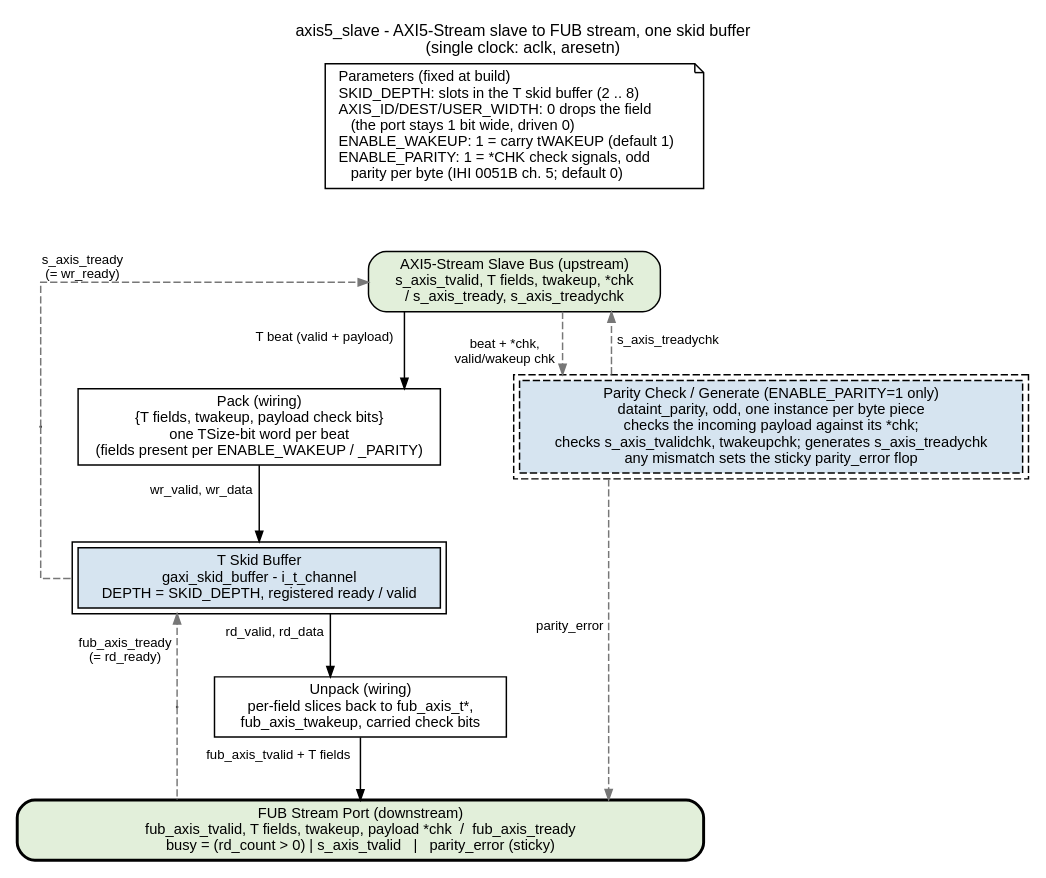
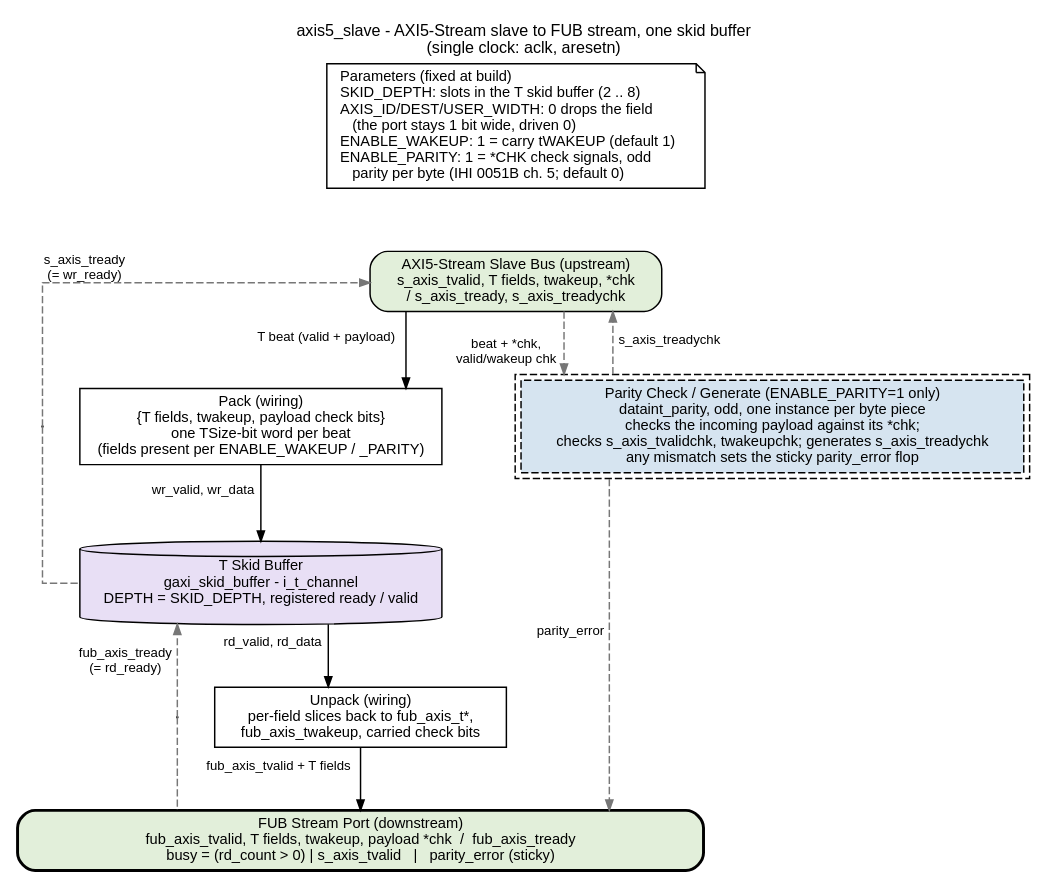
One commit to sean-galloway/RTLDesignSherpa changed the diagram in docs/markdown/assets/rtl-amba/graphviz/axis5_slave.dot. Above: the diagram before and after it, drawn with Graphviz. The commit also changed 31 other files, not shown here.

First line of the commit message:
docs(handbook, amba): a FIFO or skid child instance is a Storage cylinder; 15 rtl-amba diagrams swept

```diff
--- a/docs/markdown/assets/rtl-amba/graphviz/axis5_slave.dot
+++ b/docs/markdown/assets/rtl-amba/graphviz/axis5_slave.dot
@@ -1,52 +1,52 @@
 // axis5_slave block diagram (mirror of axis5_master.dot) - house style (vault/handbook/authoring/block-diagrams.md).
 // AXI4-Stream channel geometry: the upstream (FUB) side is the white port at
 // the top, the AXI4-Stream bus the white bar at the bottom. Transfers (valid
 // + payload) flow straight down the center through ONE gaxi_skid_buffer;
 // tready returns dashed up the right, one hop at a time.
 // AXIS5 adds TWAKEUP (rides in the skid word) and, with ENABLE_PARITY=1,
 // interface parity: the incoming payload is checked against its *CHK bits
 // on the bus side, the check bits ride the skid word to the FUB side;
 // TVALIDCHK/TWAKEUPCHK are checked, TREADYCHK is generated, and any mismatch sets a sticky parity_error (dashed: optional).
 // Source of truth: rtl/amba/axis5/axis5_slave.sv.
 digraph axis5_slave {
     graph [rankdir=TB, bgcolor="white", fontname="Helvetica", fontsize=11,
            nodesep="0.35", ranksep="0.60", splines=ortho, newrank=true,
            label="axis5_slave - AXI5-Stream slave to FUB stream, one skid buffer\n(single clock: aclk, aresetn)",
            labelloc=t, labeljust=c];
     node  [fontname="Helvetica", fontsize=10, shape=box, style=filled,
            fillcolor="white", color="black", margin="0.12,0.06"];
     edge  [fontname="Helvetica", fontsize=9, color="black", arrowsize=0.7];
 
     prm  [label="Parameters (fixed at build)\lSKID_DEPTH: slots in the T skid buffer (2 .. 8)\lAXIS_ID/DEST/USER_WIDTH: 0 drops the field\l    (the port stays 1 bit wide, driven 0)\lENABLE_WAKEUP: 1 = carry tWAKEUP (default 1)\lENABLE_PARITY: 1 = *CHK check signals, odd\l    parity per byte (IHI 0051B ch. 5; default 0)\l", fillcolor="white", shape=note];
 
     fub  [label="AXI5-Stream Slave Bus (upstream)\ns_axis_tvalid, T fields, twakeup, *chk\n/ s_axis_tready, s_axis_treadychk", fillcolor="white", style="rounded,filled", fillcolor="#E2EFDA"];
     pack [label="Pack (wiring)\n{T fields, twakeup, payload check bits}\none TSize-bit word per beat\n(fields present per ENABLE_WAKEUP / _PARITY)", style="filled", fillcolor="white"];
-    skid [label="T Skid Buffer\ngaxi_skid_buffer - i_t_channel\nDEPTH = SKID_DEPTH, registered ready / valid", peripheries=2, style="filled", fillcolor="#D6E4F0"];
+    skid [label="T Skid Buffer\ngaxi_skid_buffer - i_t_channel\nDEPTH = SKID_DEPTH, registered ready / valid", shape=cylinder, style="filled", fillcolor="#E8DFF5"];
     unp  [label="Unpack (wiring)\nper-field slices back to fub_axis_t*,\nfub_axis_twakeup, carried check bits", style="filled", fillcolor="white"];
     par  [style="filled,dashed", label="Parity Check / Generate (ENABLE_PARITY=1 only)\ndataint_parity, odd, one instance per byte piece\nchecks the incoming payload against its *chk;\nchecks s_axis_tvalidchk, twakeupchk; generates s_axis_treadychk\nany mismatch sets the sticky parity_error flop", peripheries=2, style="filled,dashed", fillcolor="#D6E4F0"];
     bus  [label="FUB Stream Port (downstream)\nfub_axis_tvalid, T fields, twakeup, payload *chk  /  fub_axis_tready\nbusy = (rd_count > 0) | s_axis_tvalid   |   parity_error (sticky)",
           fillcolor="white", width=6.5, style="rounded,filled,bold", fillcolor="#E2EFDA"];
 
     fub  -> pack [xlabel="T beat (valid + payload)"];
     pack -> skid [xlabel="wr_valid, wr_data"];
     skid -> unp  [xlabel="rd_valid, rd_data"];
     unp  -> bus  [xlabel="fub_axis_tvalid + T fields"];
 
     p_rdy [shape=point, width=0.01];
     p_rdy -> bus [style=dashed, color="#777777", dir=none, tailclip=false];
     p_rdy -> skid [style=dashed, color="#777777", constraint=false, tailclip=false, xlabel="fub_axis_tready\n(= rd_ready)"];
     p_wr [shape=point, width=0.01];
     p_wr -> skid [style=dashed, color="#777777", dir=none, headclip=true, tailclip=false];
     p_wr -> fub [style=dashed, color="#777777", constraint=false, tailclip=false, xlabel="s_axis_tready\n(= wr_ready)"];
 
     fub  -> par [style=dashed, color="#777777", xlabel="beat + *chk,\nvalid/wakeup chk"];
     par  -> fub [style=dashed, color="#777777", constraint=false, xlabel="s_axis_treadychk"];
     par  -> bus [style=dashed, color="#777777", xlabel="parity_error"];
     { rank=same; p_rdy; unp; }
     p_rdy -> unp [style=invis];
     { rank=same; p_wr; pack; par; }
     p_wr -> pack [style=invis];
     pack -> par [style=invis, minlen=2];
     { rank=min; prm; }
     prm -> fub [style=invis];
 }
```
